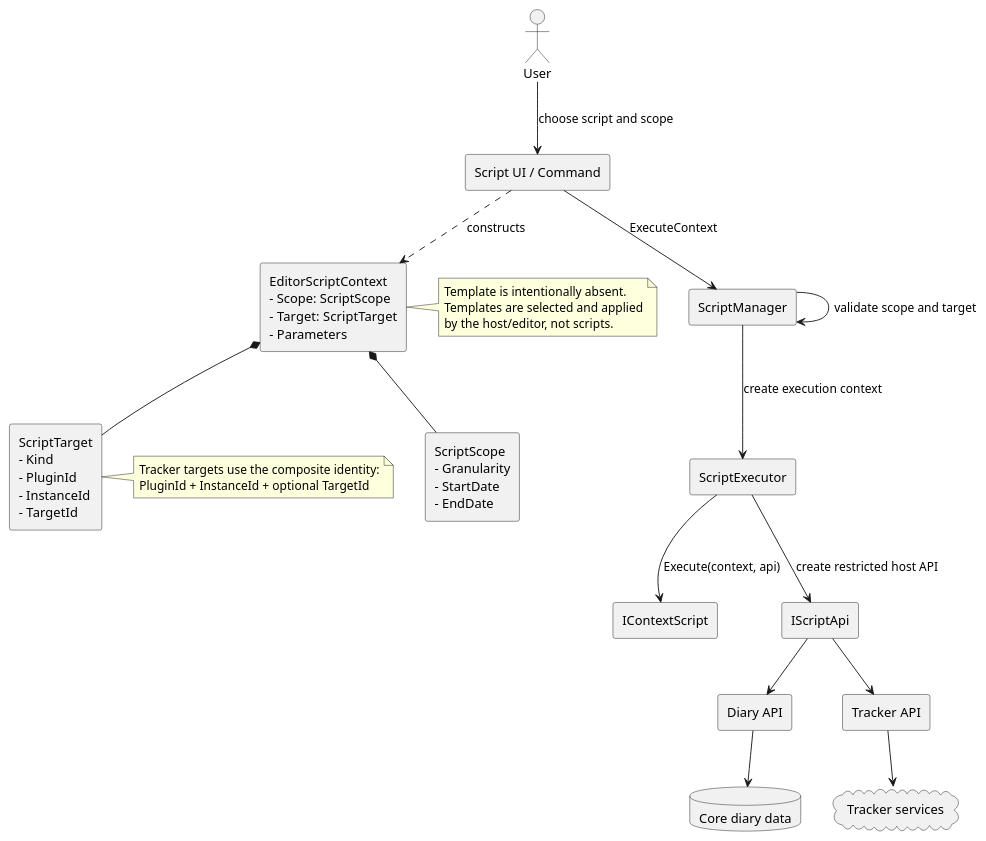
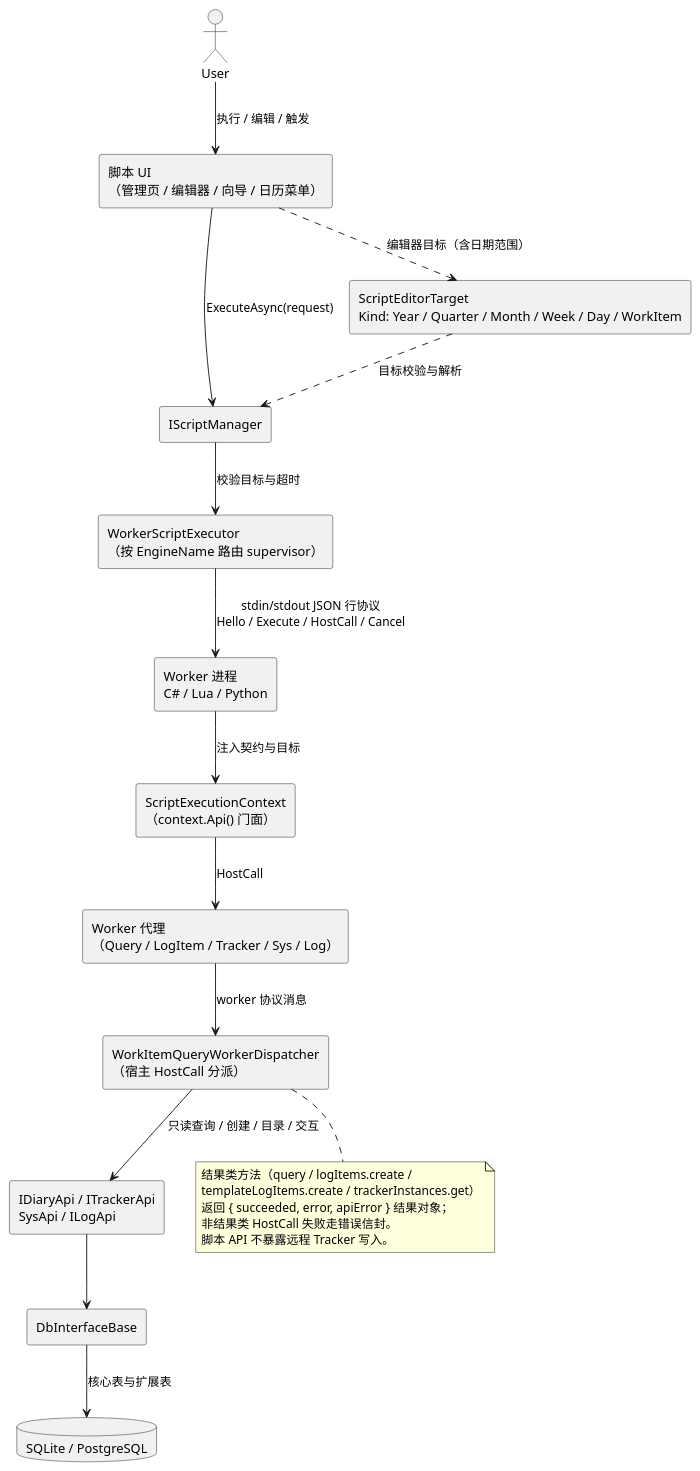
One commit to micro123/diary-app changed the diagram in Docs/diagrams/script-context.puml. Above: the diagram before and after it, drawn with PlantUML. The commit also changed 34 other files, not shown here.

First line of the commit message:
feat: 结果类 HostCall 返回完整结果 DTO（值返回语义）

```diff
--- a/Docs/diagrams/script-context.puml
+++ b/Docs/diagrams/script-context.puml
@@ -1,45 +1,40 @@
 @startuml
 skinparam componentStyle rectangle
 skinparam shadowing false
 
 actor User
-component "Script UI / Command" as UI
-component ScriptManager as Manager
-component "ScriptExecutor" as Executor
-component "IContextScript" as Script
-component "IScriptApi" as Api
-component "Diary API" as Diary
-component "Tracker API" as Tracker
-database "Core diary data" as DB
-cloud "Tracker services" as Remote
+component "脚本 UI\n（管理页 / 编辑器 / 向导 / 日历菜单）" as UI
+component "IScriptManager" as Manager
+component "WorkerScriptExecutor\n（按 EngineName 路由 supervisor）" as Executor
+component "Worker 进程\nC# / Lua / Python" as Worker
+component "ScriptExecutionContext\n（context.Api() 门面）" as Context
+component "Worker 代理\n（Query / LogItem / Tracker / Sys / Log）" as Proxy
+component "WorkItemQueryWorkerDispatcher\n（宿主 HostCall 分派）" as Dispatcher
+component "IDiaryApi / ITrackerApi\nSysApi / ILogApi" as HostApi
+component "DbInterfaceBase" as Db
+database "SQLite / PostgreSQL" as Store
 
-rectangle "EditorScriptContext\n- Scope: ScriptScope\n- Target: ScriptTarget\n- Parameters" as Context
-rectangle "ScriptScope\n- Granularity\n- StartDate\n- EndDate" as Scope
-rectangle "ScriptTarget\n- Kind\n- PluginId\n- InstanceId\n- TargetId" as Target
+rectangle "ScriptEditorTarget\nKind: Year / Quarter / Month / Week / Day / WorkItem" as Target
 
-User --> UI : choose script and scope
-UI --> Manager : ExecuteContext
-Manager --> Manager : validate scope and target
-Manager --> Executor : create execution context
-Executor --> Script : Execute(context, api)
-Executor --> Api : create restricted host API
-Api --> Diary
-Api --> Tracker
-Diary --> DB
-Tracker --> Remote
+User --> UI : 执行 / 编辑 / 触发
+UI --> Manager : ExecuteAsync(request)
+Manager --> Executor : 校验目标与超时
+Executor --> Worker : stdin/stdout JSON 行协议\nHello / Execute / HostCall / Cancel
+Worker --> Context : 注入契约与目标
+Context --> Proxy : HostCall
+Proxy --> Dispatcher : worker 协议消息
+Dispatcher --> HostApi : 只读查询 / 创建 / 目录 / 交互
+HostApi --> Db
+Db --> Store : 核心表与扩展表
 
-UI ..> Context : constructs
-Context *-- Scope
-Context *-- Target
+UI ..> Target : 编辑器目标（含日期范围）
+Target ..> Manager : 目标校验与解析
 
-note right of Context
-Template is intentionally absent.
-Templates are selected and applied
-by the host/editor, not scripts.
-end note
-
-note right of Target
-Tracker targets use the composite identity:
-PluginId + InstanceId + optional TargetId
+note bottom of Dispatcher
+  结果类方法（query / logItems.create /
+  templateLogItems.create / trackerInstances.get）
+  返回 { succeeded, error, apiError } 结果对象；
+  非结果类 HostCall 失败走错误信封。
+  脚本 API 不暴露远程 Tracker 写入。
 end note
 @enduml
```
